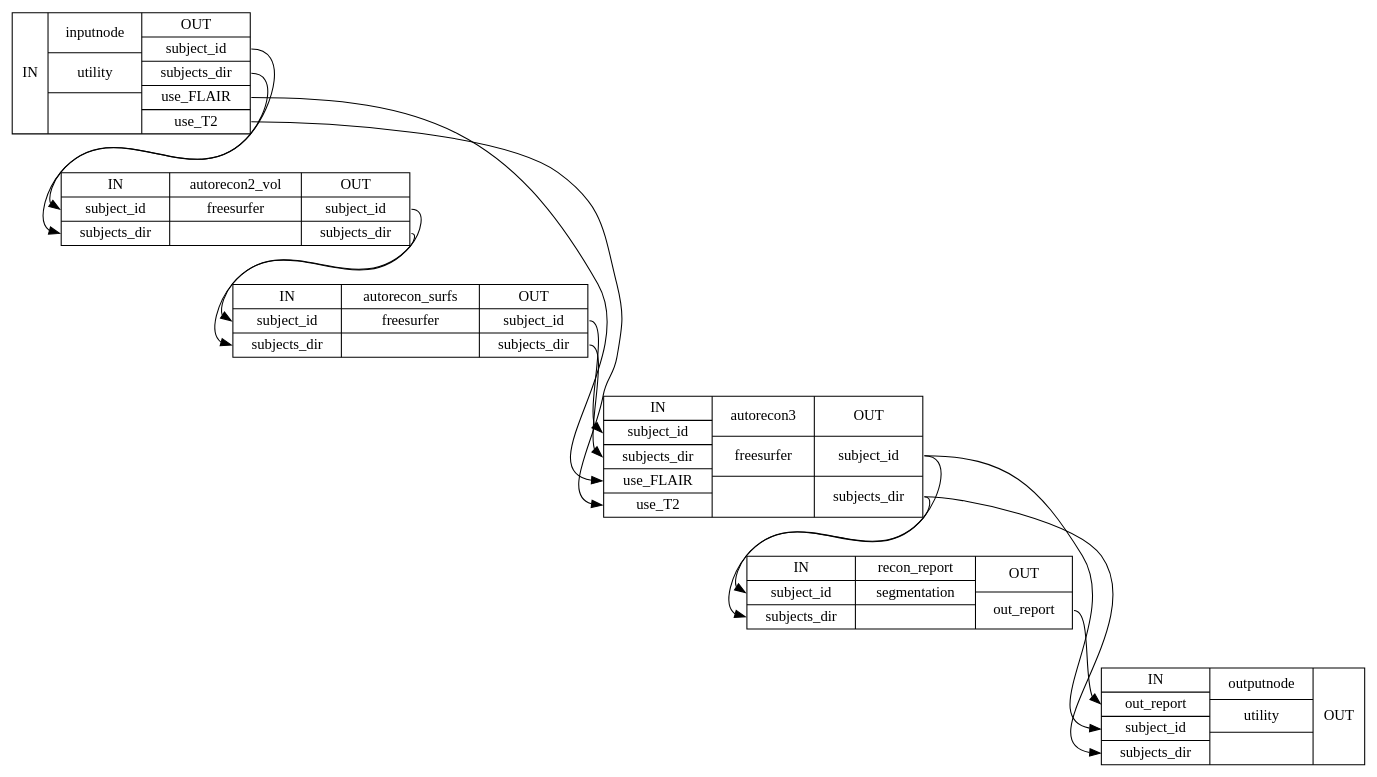
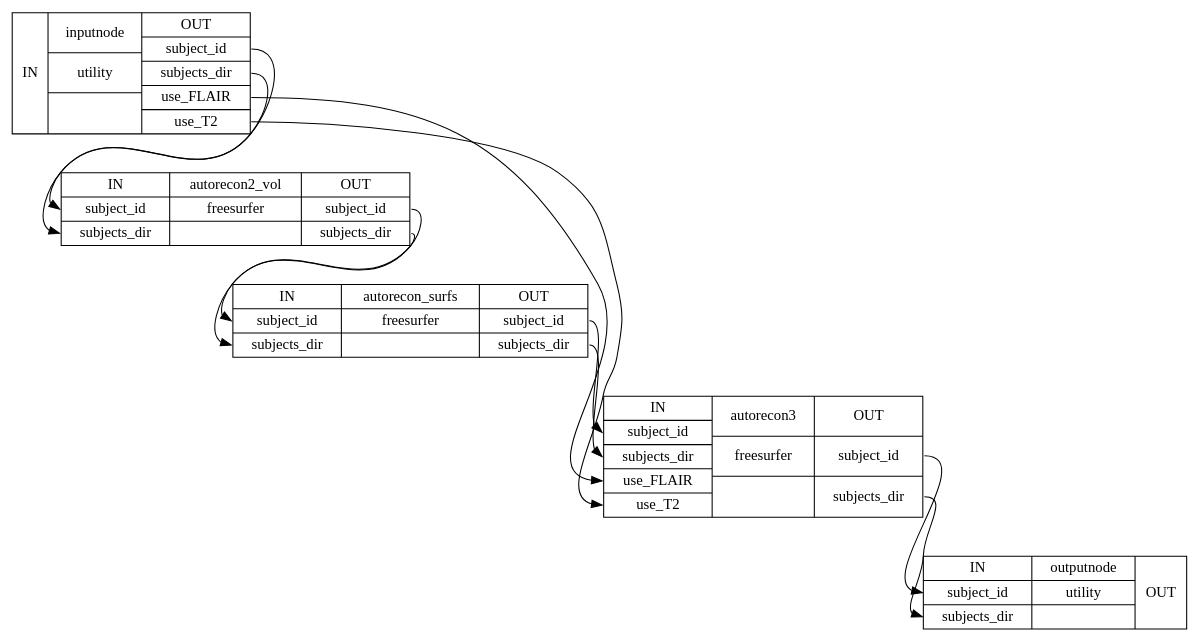
One commit to nuKs/smriprep changed the diagram in ci_doc_deploy/wf_directive/api/autorecon_resume_wf/smriprep-workflows-surfaces-4_detailed.dot. Above: the diagram before and after it, drawn with Graphviz. The commit also changed 1676 other files, not shown here.

```diff
--- a/ci_doc_deploy/wf_directive/api/autorecon_resume_wf/smriprep-workflows-surfaces-4_detailed.dot
+++ b/ci_doc_deploy/wf_directive/api/autorecon_resume_wf/smriprep-workflows-surfaces-4_detailed.dot
@@ -1,22 +1,18 @@
 digraph structs {
 node [shape=record];
 autorecon_resume_wfinputnode [label="{IN}|{ inputnode | utility |  }|{OUT|<outsubjectid> subject_id|<outsubjectsdir> subjects_dir|<outuseFLAIR> use_FLAIR|<outuseT2> use_T2}"];
 autorecon_resume_wfautorecon2_vol [label="{IN|<insubjectid> subject_id|<insubjectsdir> subjects_dir}|{ autorecon2_vol | freesurfer |  }|{OUT|<outsubjectid> subject_id|<outsubjectsdir> subjects_dir}"];
 autorecon_resume_wfautorecon_surfs [label="{IN|<insubjectid> subject_id|<insubjectsdir> subjects_dir}|{ autorecon_surfs | freesurfer |  }|{OUT|<outsubjectid> subject_id|<outsubjectsdir> subjects_dir}"];
 autorecon_resume_wfautorecon3 [label="{IN|<insubjectid> subject_id|<insubjectsdir> subjects_dir|<inuseFLAIR> use_FLAIR|<inuseT2> use_T2}|{ autorecon3 | freesurfer |  }|{OUT|<outsubjectid> subject_id|<outsubjectsdir> subjects_dir}"];
-autorecon_resume_wfrecon_report [label="{IN|<insubjectid> subject_id|<insubjectsdir> subjects_dir}|{ recon_report | segmentation |  }|{OUT|<outoutreport> out_report}"];
-autorecon_resume_wfoutputnode [label="{IN|<inoutreport> out_report|<insubjectid> subject_id|<insubjectsdir> subjects_dir}|{ outputnode | utility |  }|{OUT}"];
+autorecon_resume_wfoutputnode [label="{IN|<insubjectid> subject_id|<insubjectsdir> subjects_dir}|{ outputnode | utility |  }|{OUT}"];
 autorecon_resume_wfautorecon2_vol:outsubjectid:e -> autorecon_resume_wfautorecon_surfs:insubjectid:w;
 autorecon_resume_wfautorecon2_vol:outsubjectsdir:e -> autorecon_resume_wfautorecon_surfs:insubjectsdir:w;
 autorecon_resume_wfautorecon3:outsubjectid:e -> autorecon_resume_wfoutputnode:insubjectid:w;
-autorecon_resume_wfautorecon3:outsubjectid:e -> autorecon_resume_wfrecon_report:insubjectid:w;
 autorecon_resume_wfautorecon3:outsubjectsdir:e -> autorecon_resume_wfoutputnode:insubjectsdir:w;
-autorecon_resume_wfautorecon3:outsubjectsdir:e -> autorecon_resume_wfrecon_report:insubjectsdir:w;
 autorecon_resume_wfautorecon_surfs:outsubjectid:e -> autorecon_resume_wfautorecon3:insubjectid:w;
 autorecon_resume_wfautorecon_surfs:outsubjectsdir:e -> autorecon_resume_wfautorecon3:insubjectsdir:w;
 autorecon_resume_wfinputnode:outsubjectid:e -> autorecon_resume_wfautorecon2_vol:insubjectid:w;
 autorecon_resume_wfinputnode:outsubjectsdir:e -> autorecon_resume_wfautorecon2_vol:insubjectsdir:w;
 autorecon_resume_wfinputnode:outuseFLAIR:e -> autorecon_resume_wfautorecon3:inuseFLAIR:w;
 autorecon_resume_wfinputnode:outuseT2:e -> autorecon_resume_wfautorecon3:inuseT2:w;
-autorecon_resume_wfrecon_report:outoutreport:e -> autorecon_resume_wfoutputnode:inoutreport:w;
 }
```
